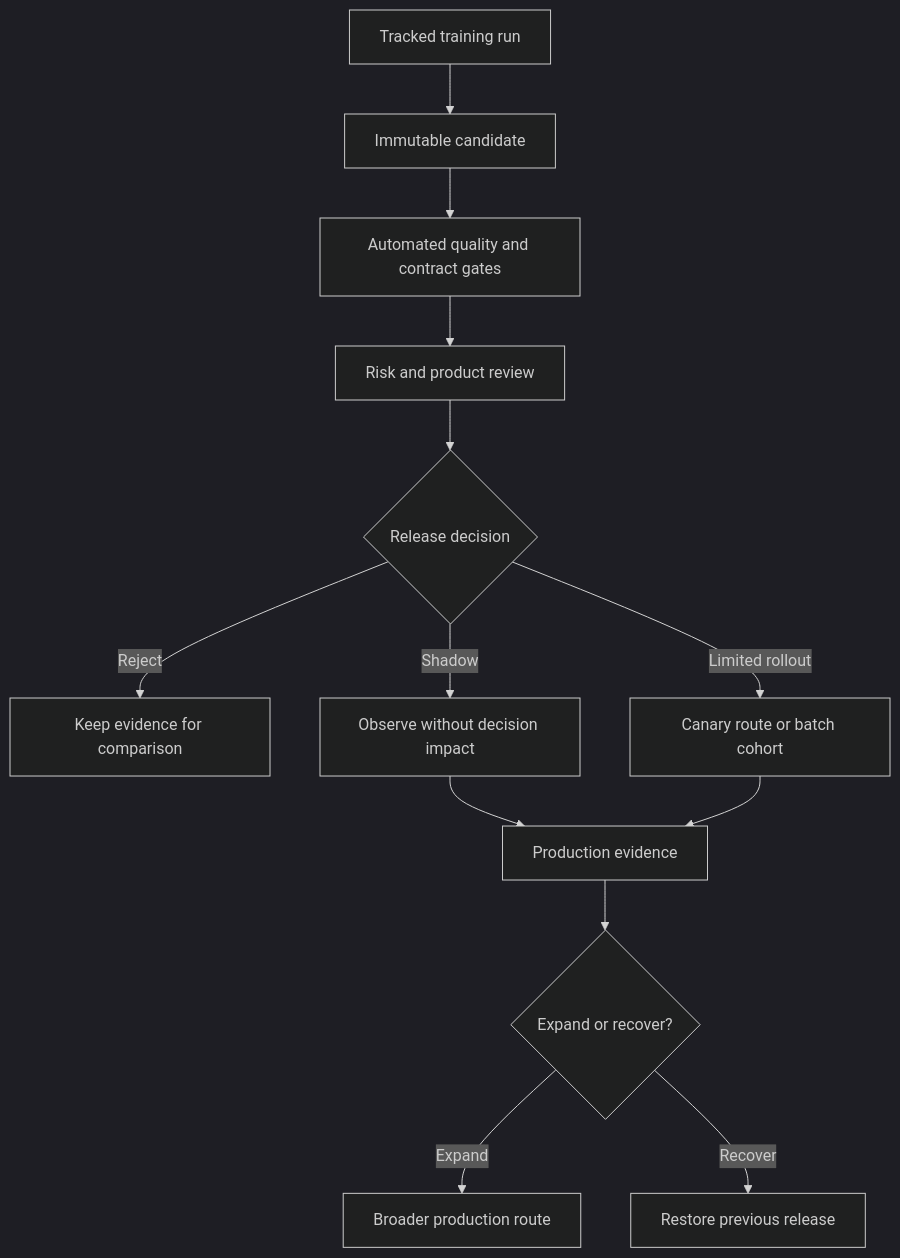
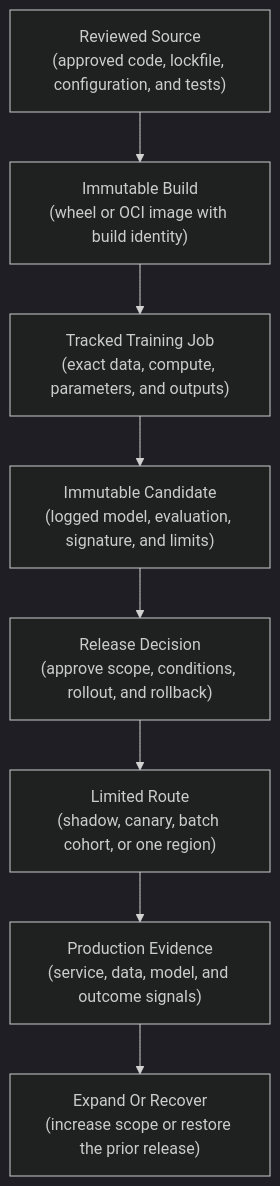
Before and after one commit to senlinyy/dev-roadmaps: the fourth of 6 diagrams in roadmaps/mlops/modules/mlops-foundations/teams-and-workflow/02-notebook-to-production-workflow.md, drawn with Mermaid (dark theme). The commit also changed other lines of this file and 152 other files, not shown here.

Commit message:
feat: mlops and diagrams updated

````diff
--- a/roadmaps/mlops/modules/mlops-foundations/teams-and-workflow/02-notebook-to-production-workflow.md
+++ b/roadmaps/mlops/modules/mlops-foundations/teams-and-workflow/02-notebook-to-production-workflow.md
@@ -316,15 +432,15 @@
 ```mermaid
 flowchart TD
-    A["Tracked training run"] --> B["Immutable candidate"]
-    B --> C["Automated quality and contract gates"]
-    C --> D["Risk and product review"]
-    D --> E{"Release decision"}
-    E -->|"Reject"| F["Keep evidence for comparison"]
-    E -->|"Shadow"| G["Observe without decision impact"]
-    E -->|"Limited rollout"| H["Canary route or batch cohort"]
-    G --> I["Production evidence"]
-    H --> I
-    I --> J{"Expand or recover?"}
-    J -->|"Expand"| K["Broader production route"]
-    J -->|"Recover"| L["Restore previous release"]
+    A["Reviewed Source<br/>(approved code, lockfile, configuration, and tests)"] --> B["Immutable Build<br/>(wheel or OCI image with build identity)"]
+    B --> C["Tracked Training Job<br/>(exact data, compute, parameters, and outputs)"]
+    C --> D["Immutable Candidate<br/>(logged model, evaluation, signature, and limits)"]
+    D --> E["Release Decision<br/>(approve scope, conditions, rollout, and rollback)"]
+    E --> F["Limited Route<br/>(shadow, canary, batch cohort, or one region)"]
+    F --> G["Production Evidence<br/>(service, data, model, and outcome signals)"]
+    G --> H["Expand Or Recover<br/>(increase scope or restore the prior release)"]
+
+    class A,B build;
+    class C,D evidence;
+    class E decision;
+    class F,G,H operate;
 ```
````
